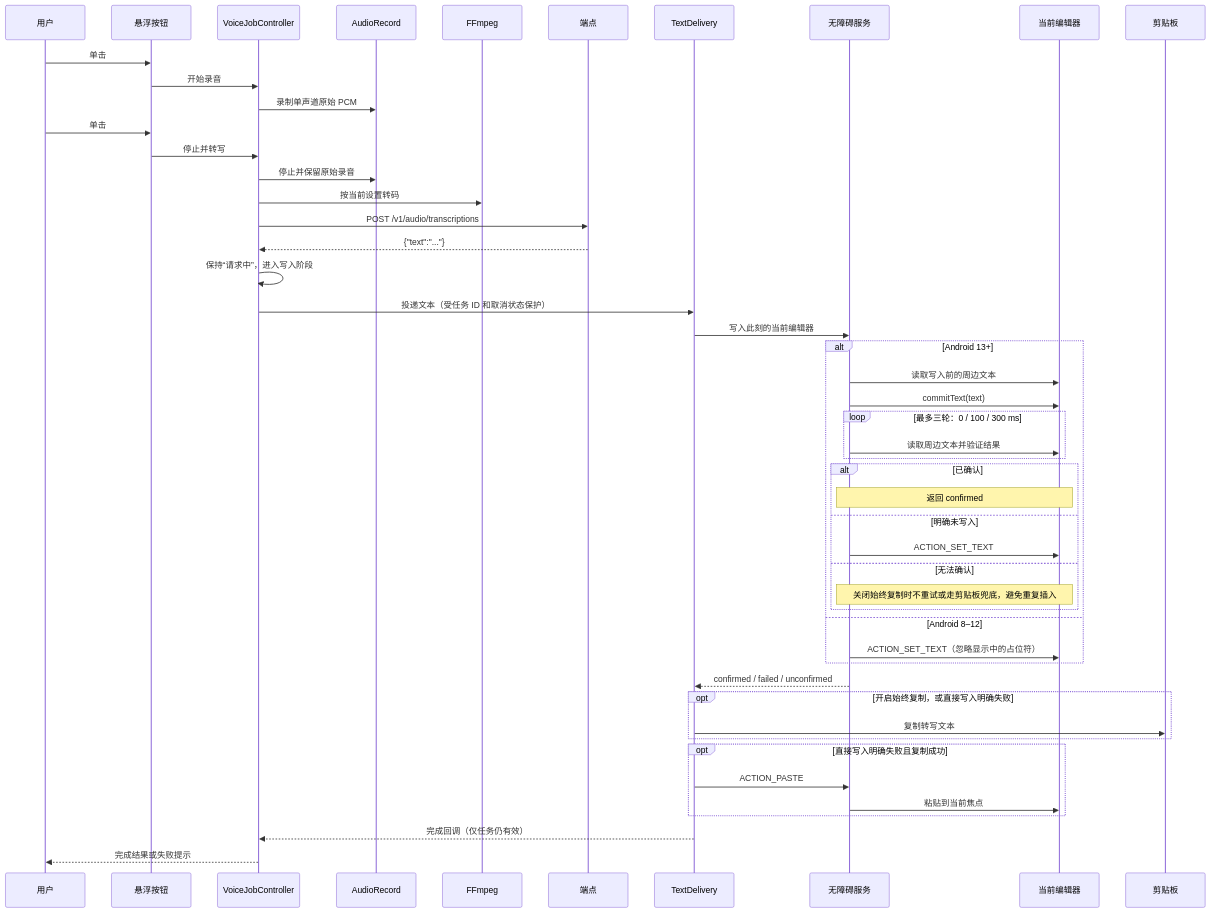
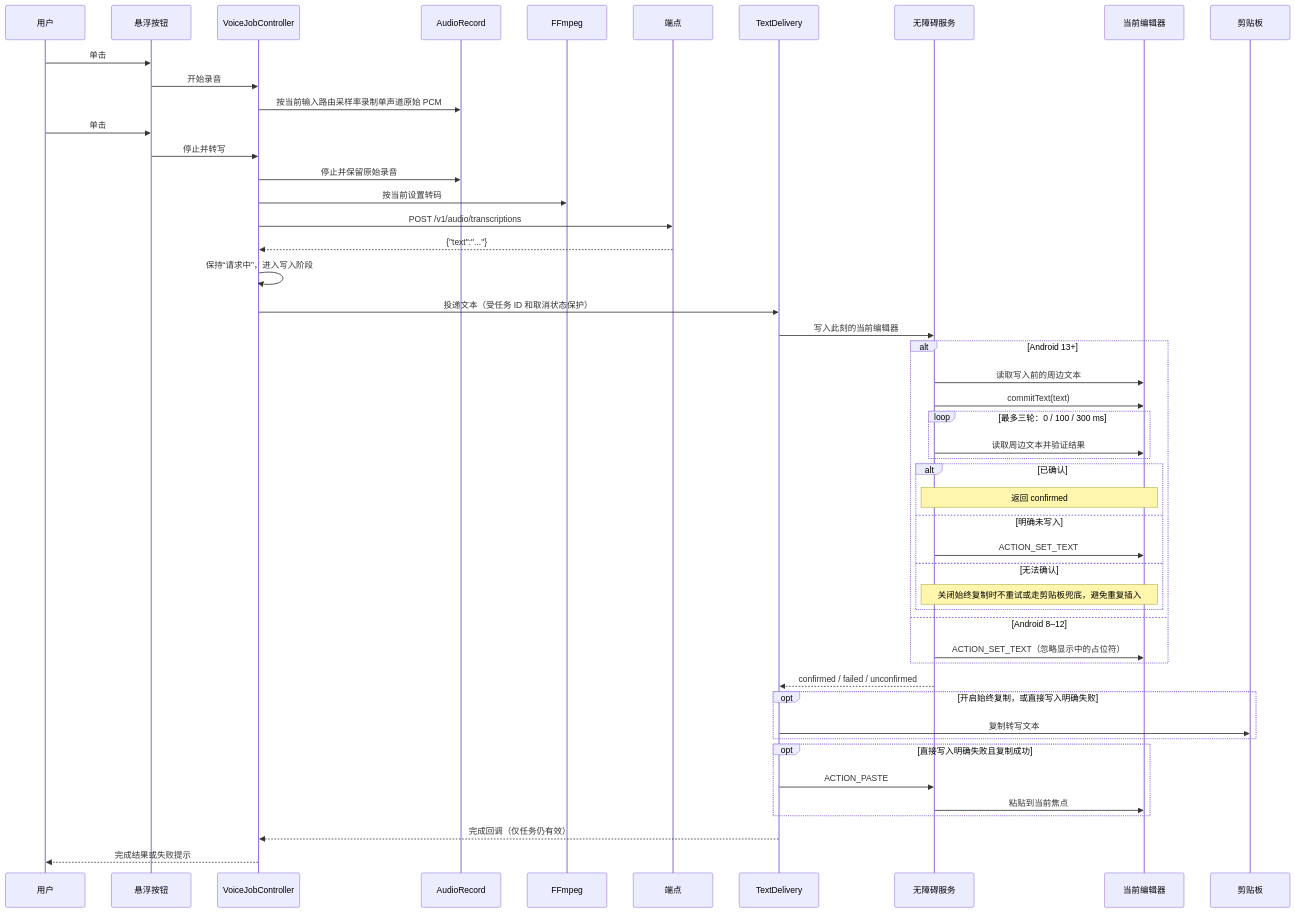
The second of 3 diagrams in README_ZH.md (Joey-Kot/Dictate), drawn with Mermaid before and after one commit. The commit also changed other lines of this file and 13 other files, not shown here.

````diff
--- a/README_ZH.md
+++ b/README_ZH.md
@@ -61,51 +61,51 @@
 ```mermaid
 sequenceDiagram
   participant U as 用户
   participant O as 悬浮按钮
   participant J as VoiceJobController
   participant R as AudioRecord
   participant F as FFmpeg
   participant P as 端点
   participant D as TextDelivery
   participant A as 无障碍服务
   participant E as 当前编辑器
   participant C as 剪贴板
   U->>O: 单击
   O->>J: 开始录音
-  J->>R: 录制单声道原始 PCM
+  J->>R: 按当前输入路由采样率录制单声道原始 PCM
   U->>O: 单击
   O->>J: 停止并转写
   J->>R: 停止并保留原始录音
   J->>F: 按当前设置转码
   J->>P: POST /v1/audio/transcriptions
   P-->>J: {"text":"..."}
   J->>J: 保持“请求中”，进入写入阶段
   J->>D: 投递文本（受任务 ID 和取消状态保护）
   D->>A: 写入此刻的当前编辑器
   alt Android 13+
     A->>E: 读取写入前的周边文本
     A->>E: commitText(text)
     loop 最多三轮：0 / 100 / 300 ms
       A->>E: 读取周边文本并验证结果
     end
     alt 已确认
       Note over A,E: 返回 confirmed
     else 明确未写入
       A->>E: ACTION_SET_TEXT
     else 无法确认
       Note over A,E: 关闭始终复制时不重试或走剪贴板兜底，避免重复插入
     end
   else Android 8–12
     A->>E: ACTION_SET_TEXT（忽略显示中的占位符）
   end
   A-->>D: confirmed / failed / unconfirmed
   opt 开启始终复制，或直接写入明确失败
     D->>C: 复制转写文本
   end
   opt 直接写入明确失败且复制成功
     D->>A: ACTION_PASTE
     A->>E: 粘贴到当前焦点
   end
   D-->>J: 完成回调（仅任务仍有效）
   J-->>U: 完成结果或失败提示
 ```
````
